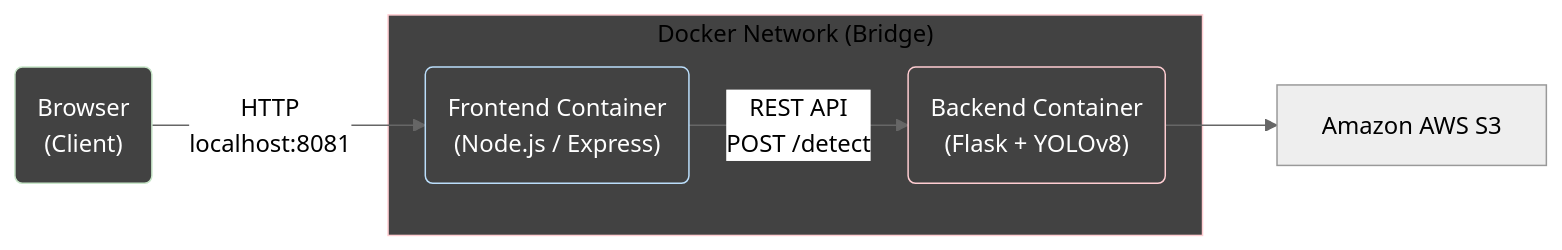
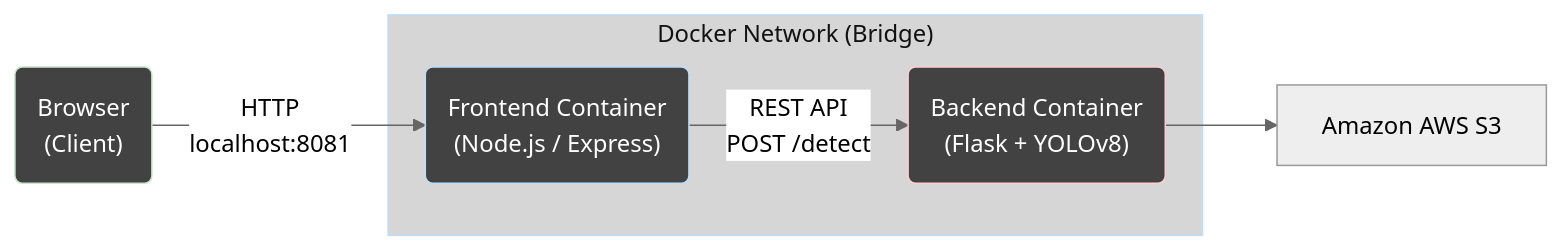
The diagram in README.md (zachdyszelwcu/csc468project), drawn with Mermaid before and after one commit.

````diff
--- a/README.md
+++ b/README.md
@@ -5,20 +5,20 @@
 ```mermaid
 ---
 config:
   theme: neutral
 ---
 flowchart LR
  subgraph DN["Docker Network (Bridge)"]
         B("Frontend Container<br>(Node.js / Express)")
         C("Backend Container<br>(Flask + YOLOv8)")
   end
     A("Browser<br>(Client)") -- HTTP<br>localhost:8081 --> B
     B -- REST API<br>POST /detect --> C
     C --> n1["Amazon AWS S3"]
 
     n1@{ shape: rect}
     style B color:#FFFFFF,fill:#424242,stroke:#BBDEFB
     style C color:#FFFFFF,fill:#424242,stroke:#FFCDD2
     style A color:#FFFFFF,fill:#424242,stroke:#C8E6C9
-    style DN color:#000000,fill:#D6D6D6,stroke:#BBDEFBC color:#FFFFFF,fill:#424242,stroke:#FFCDD2
+    style DN color:#111111,fill:#D6D6D6,stroke:#BBDEFB
 ```
````
